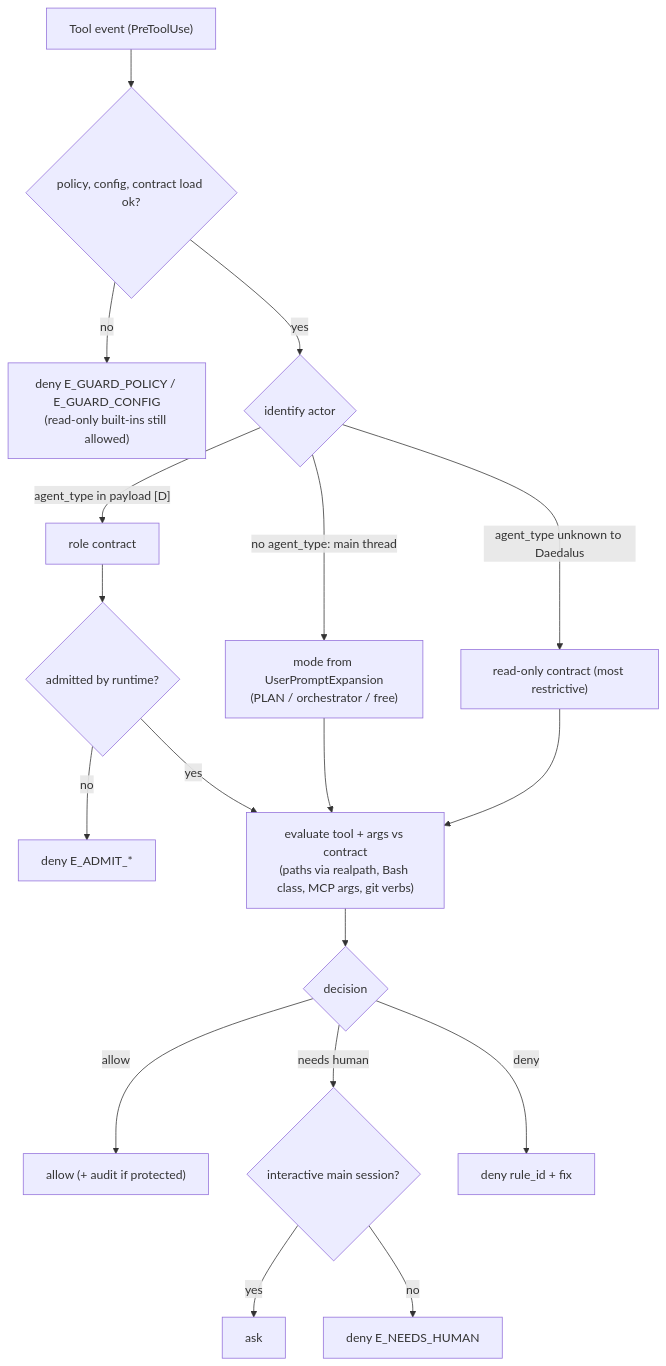
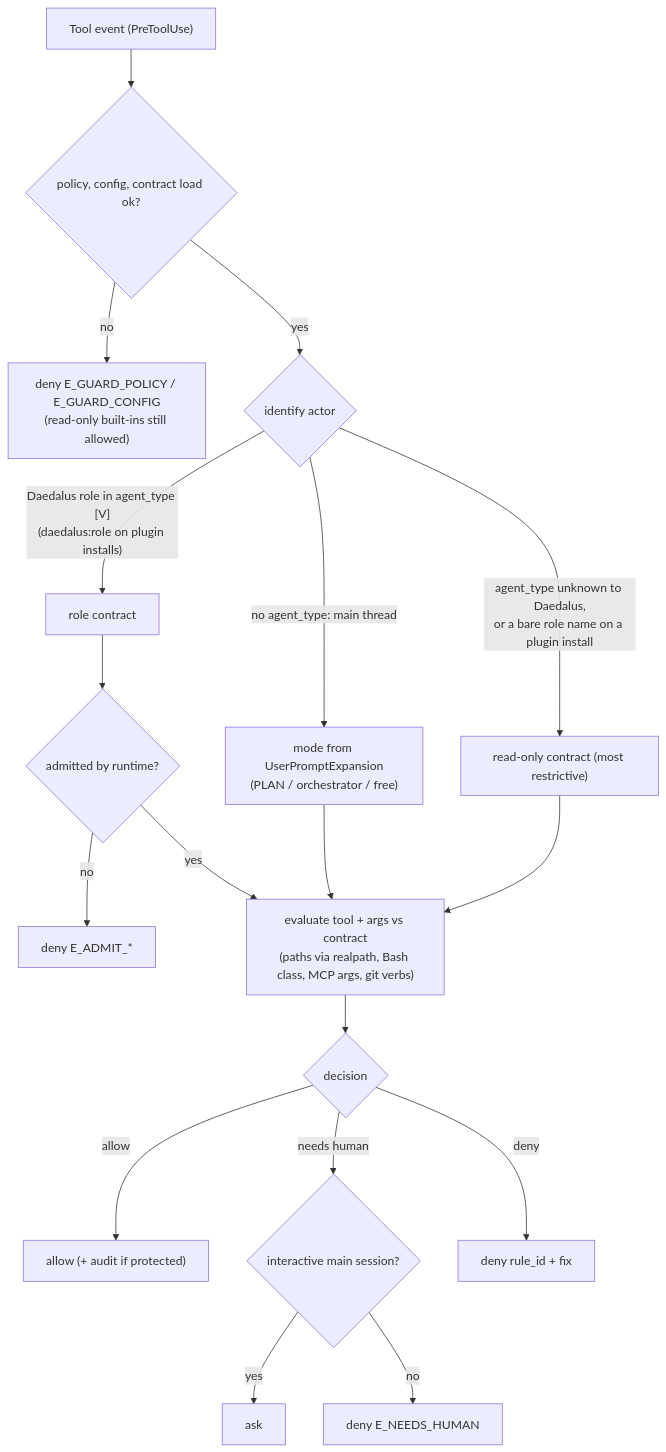
Before and after one commit to iamjcabalejo/daedalus: the sixth of 12 diagrams in docs/plans/daedalus-hardening-roadmap.md, drawn with Mermaid. The commit also changed other lines of this file and 492 other files, not shown here.

````diff
--- a/docs/plans/daedalus-hardening-roadmap.md
+++ b/docs/plans/daedalus-hardening-roadmap.md
@@ -949,20 +975,20 @@
 ```mermaid
 flowchart TD
   E["Tool event (PreToolUse)"] --> P{"policy, config, contract load ok?"}
   P -- no --> DENYE["deny E_GUARD_POLICY / E_GUARD_CONFIG<br/>(read-only built-ins still allowed)"]
   P -- yes --> ID{"identify actor"}
-  ID -- "agent_type in payload [D]" --> RC["role contract"]
+  ID -- "Daedalus role in agent_type [V]<br/>(daedalus:role on plugin installs)" --> RC["role contract"]
   ID -- "no agent_type: main thread" --> MODE["mode from UserPromptExpansion<br/>(PLAN / orchestrator / free)"]
-  ID -- "agent_type unknown to Daedalus" --> RO["read-only contract (most restrictive)"]
+  ID -- "agent_type unknown to Daedalus,<br/>or a bare role name on a plugin install" --> RO["read-only contract (most restrictive)"]
   RC --> ADM{"admitted by runtime?"}
   ADM -- no --> DENYA["deny E_ADMIT_*"]
   ADM -- yes --> EV["evaluate tool + args vs contract<br/>(paths via realpath, Bash class, MCP args, git verbs)"]
   MODE --> EV
   RO --> EV
   EV --> DEC{"decision"}
   DEC -- allow --> A["allow (+ audit if protected)"]
   DEC -- "needs human" --> INTER{"interactive main session?"}
   INTER -- yes --> ASK["ask"]
   INTER -- no --> DENYH["deny E_NEEDS_HUMAN"]
   DEC -- deny --> D["deny rule_id + fix"]
 ```
````
